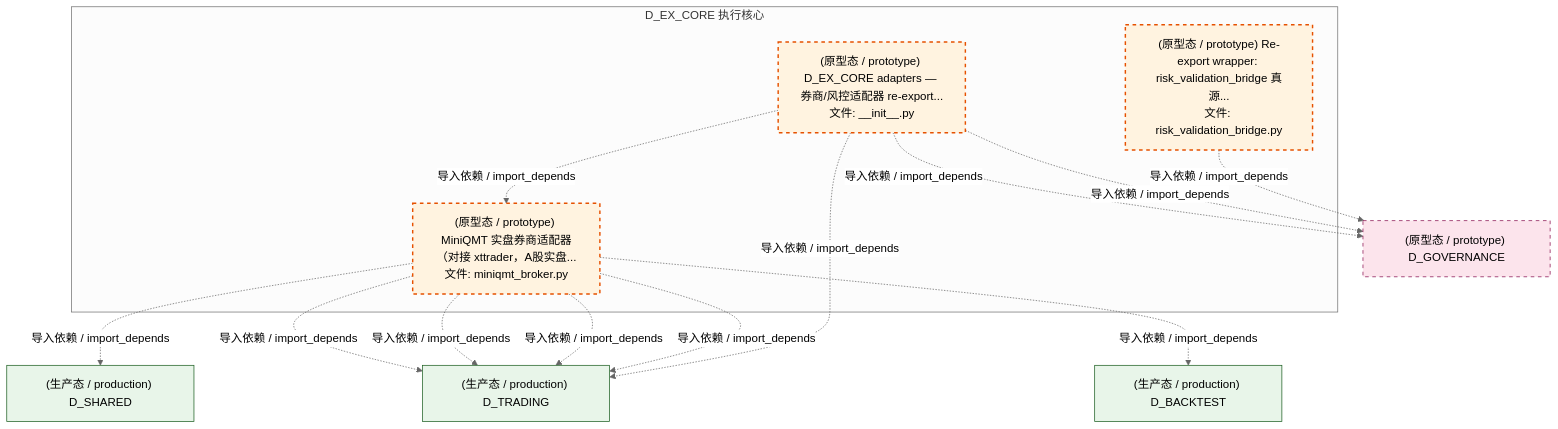
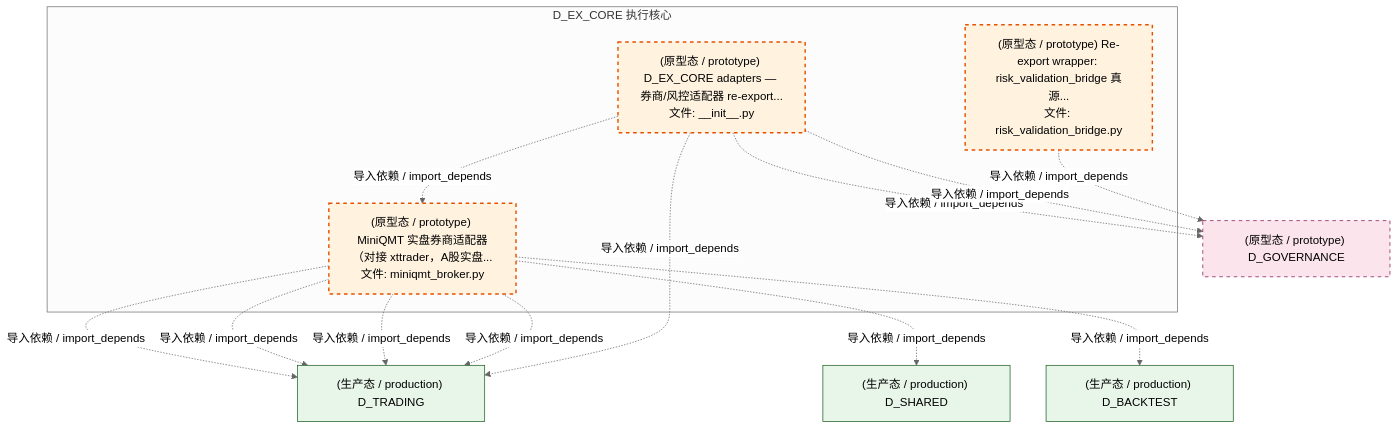
One commit to xuanFelixVan/ZephyrAlpha changed the fourth of 5 diagrams in docs/02_enterprise_architecture/02_domain_architecture_docs/34_d_ex_core.md. Above: the diagram before and after it, drawn with Mermaid (neutral theme). The commit also changed other lines of this file and 98 other files, not shown here.

````diff
--- a/docs/02_enterprise_architecture/02_domain_architecture_docs/34_d_ex_core.md
+++ b/docs/02_enterprise_architecture/02_domain_architecture_docs/34_d_ex_core.md
@@ -184,30 +184,30 @@
 ```mermaid
 graph TD
     subgraph D_EX_CORE["D_EX_CORE 执行核心"]
         src_zephyr_ex_core_adapters_init_py["(原型态 / prototype) D_EX_CORE adapters — 券商/风控适配器 re-export...<br/>文件: __init__.py"]
         src_zephyr_ex_core_adapters_miniqmt_broker_py["(原型态 / prototype) MiniQMT 实盘券商适配器（对接 xttrader，A股实盘...<br/>文件: miniqmt_broker.py"]
         src_zephyr_ex_core_adapters_risk_validation_bridge_py["(原型态 / prototype) Re-export wrapper: risk_validation_bridge 真源...<br/>文件: risk_validation_bridge.py"]
     end
     src_zephyr_ex_core_adapters_init_py -.->|导入依赖 / import_depends| src_zephyr_ex_core_adapters_miniqmt_broker_py
+    D_TRADING["(生产态 / production) D_TRADING"]
+    src_zephyr_ex_core_adapters_miniqmt_broker_py -.->|导入依赖 / import_depends| D_TRADING
     D_SHARED["(生产态 / production) D_SHARED"]
     src_zephyr_ex_core_adapters_miniqmt_broker_py -.->|导入依赖 / import_depends| D_SHARED
-    D_TRADING["(生产态 / production) D_TRADING"]
-    src_zephyr_ex_core_adapters_miniqmt_broker_py -.->|导入依赖 / import_depends| D_TRADING
     src_zephyr_ex_core_adapters_miniqmt_broker_py -.->|导入依赖 / import_depends| D_TRADING
     src_zephyr_ex_core_adapters_miniqmt_broker_py -.->|导入依赖 / import_depends| D_TRADING
     D_BACKTEST["(生产态 / production) D_BACKTEST"]
     src_zephyr_ex_core_adapters_miniqmt_broker_py -.->|导入依赖 / import_depends| D_BACKTEST
     src_zephyr_ex_core_adapters_miniqmt_broker_py -.->|导入依赖 / import_depends| D_TRADING
     src_zephyr_ex_core_adapters_init_py -.->|导入依赖 / import_depends| D_TRADING
     D_GOVERNANCE["(原型态 / prototype) D_GOVERNANCE"]
     src_zephyr_ex_core_adapters_init_py -.->|导入依赖 / import_depends| D_GOVERNANCE
     src_zephyr_ex_core_adapters_init_py -.->|导入依赖 / import_depends| D_GOVERNANCE
     src_zephyr_ex_core_adapters_risk_validation_bridge_py -.->|导入依赖 / import_depends| D_GOVERNANCE
     classDef production fill:#e1f5fe,stroke:#01579b,stroke-width:2px,color:#000
     classDef design fill:#fff3e0,stroke:#e65100,stroke-width:2px,color:#000,stroke-dasharray: 5 5
     classDef external_prod fill:#e8f5e9,stroke:#1b5e20,stroke-width:1px,color:#000
     classDef external_design fill:#fce4ec,stroke:#880e4f,stroke-width:1px,color:#000,stroke-dasharray: 5 5
     class src_zephyr_ex_core_adapters_init_py,src_zephyr_ex_core_adapters_miniqmt_broker_py,src_zephyr_ex_core_adapters_risk_validation_bridge_py design
-    class D_SHARED,D_TRADING,D_BACKTEST external_prod
+    class D_TRADING,D_SHARED,D_BACKTEST external_prod
     class D_GOVERNANCE external_design
 ```
````
